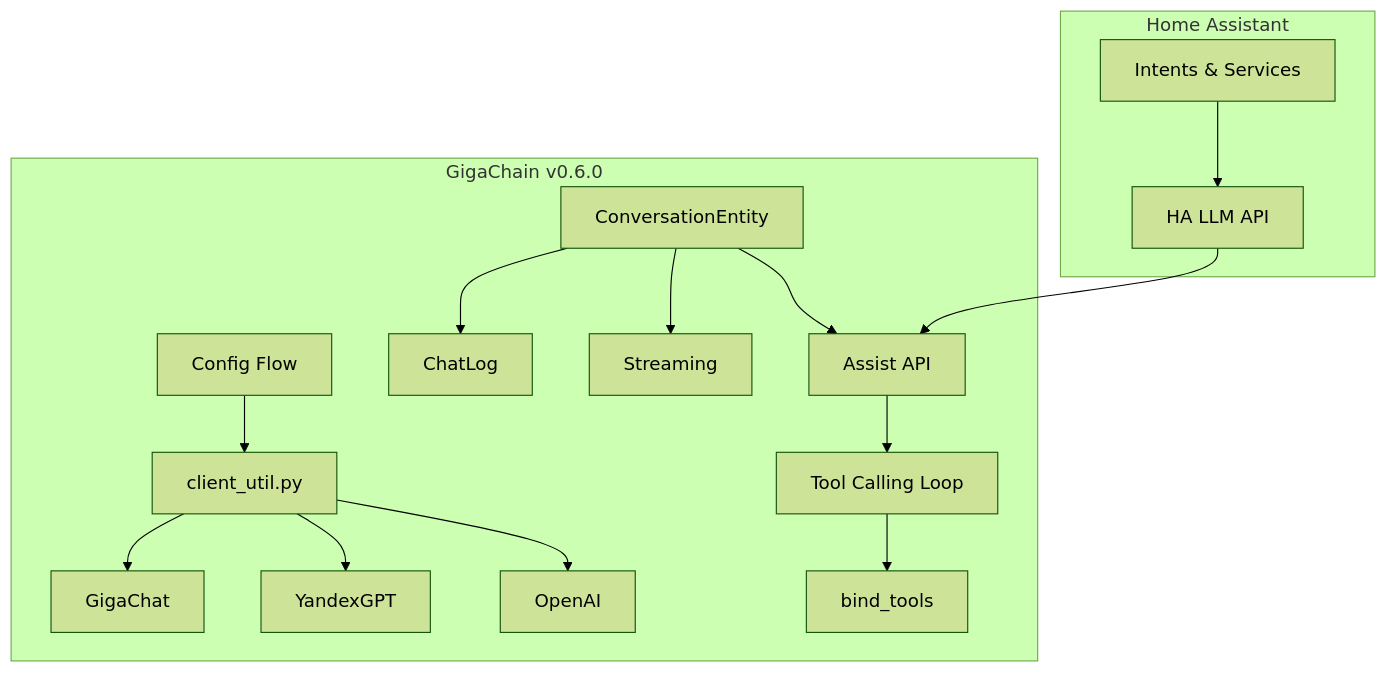
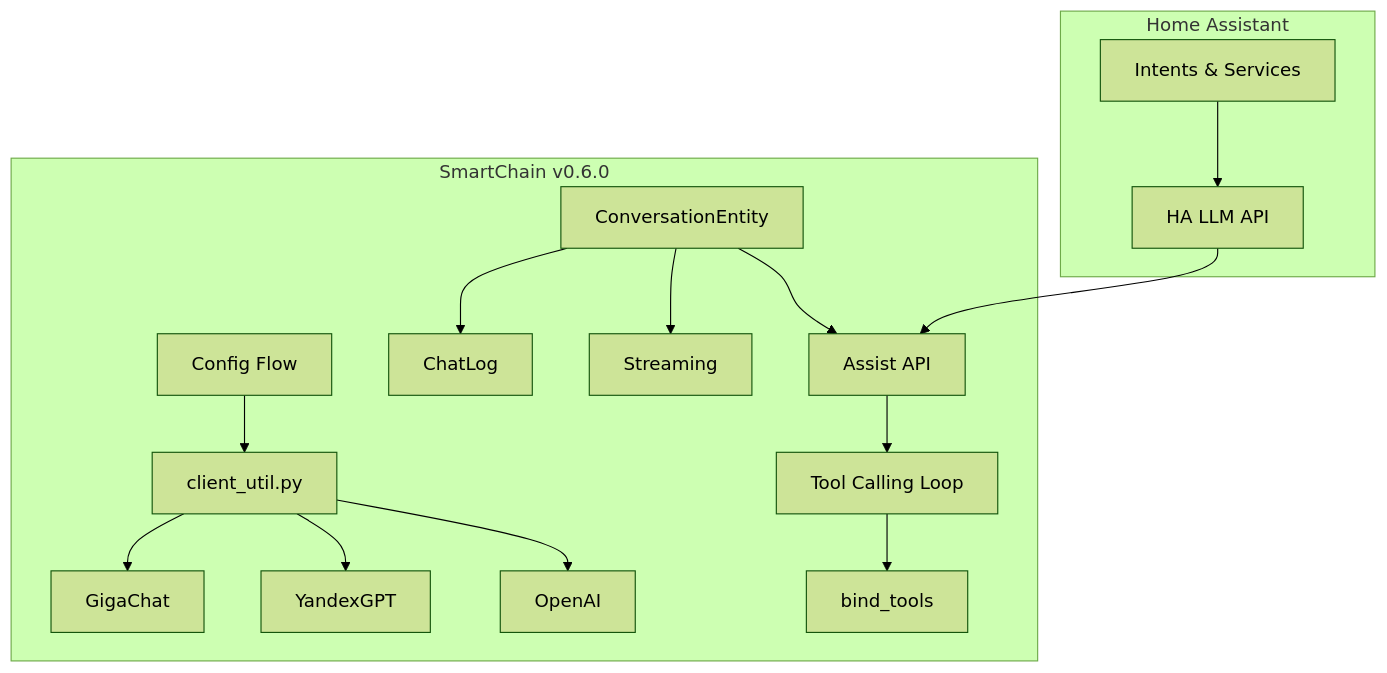
Before and after one commit to dzerik/ha-smartchain: the first of 2 diagrams in docs/ROADMAP.md, drawn with Mermaid (forest theme). The commit also changed other lines of this file and 2 other files, not shown here.

First line of the commit message:
docs: update all documentation for SmartChain rename

````diff
--- a/docs/ROADMAP.md
+++ b/docs/ROADMAP.md
@@ -31,20 +31,20 @@
 ```mermaid
 graph TB
-    subgraph "GigaChain v0.6.0"
+    subgraph "SmartChain v0.6.0"
         CF[Config Flow] --> CU[client_util.py]
         CU --> GC[GigaChat]
         CU --> YGP[YandexGPT]
         CU --> OAI[OpenAI]
 
         CE[ConversationEntity] --> CL[ChatLog]
         CE --> ST[Streaming]
         CE --> AA[Assist API]
         AA --> TC[Tool Calling Loop]
         TC --> BT[bind_tools]
     end
 
     subgraph "Home Assistant"
         HA_LLM[HA LLM API] --> AA
         HA_TOOLS[Intents & Services] --> HA_LLM
     end
 ```
````
